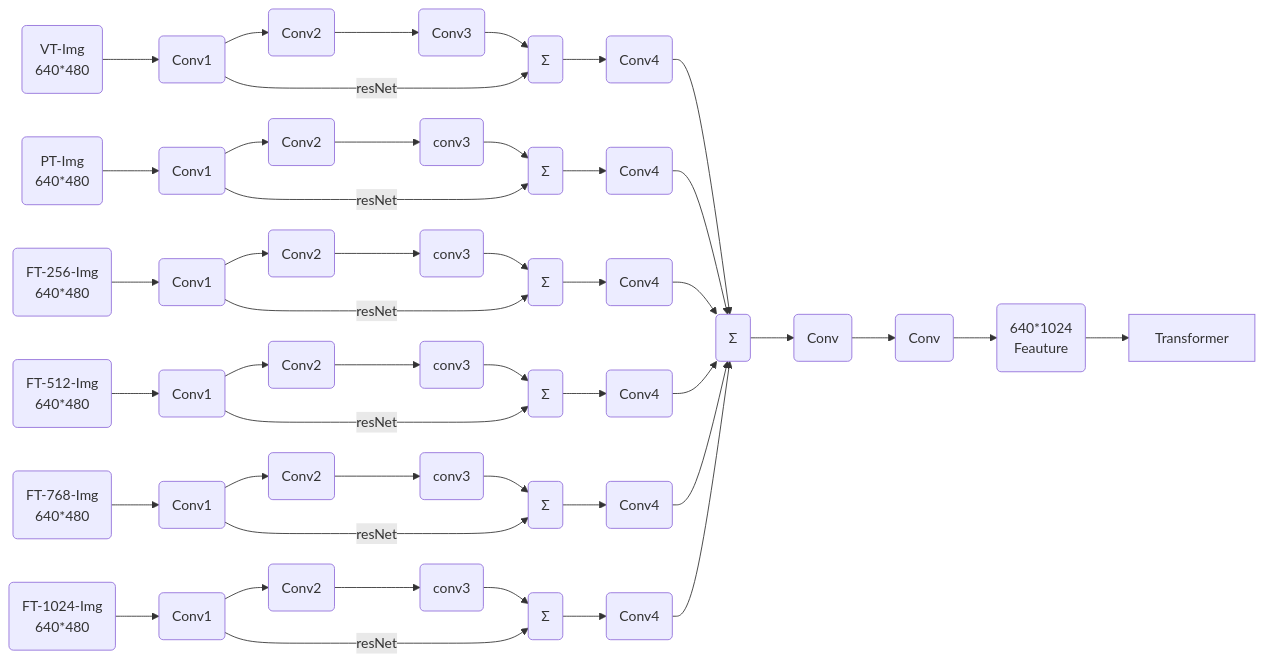
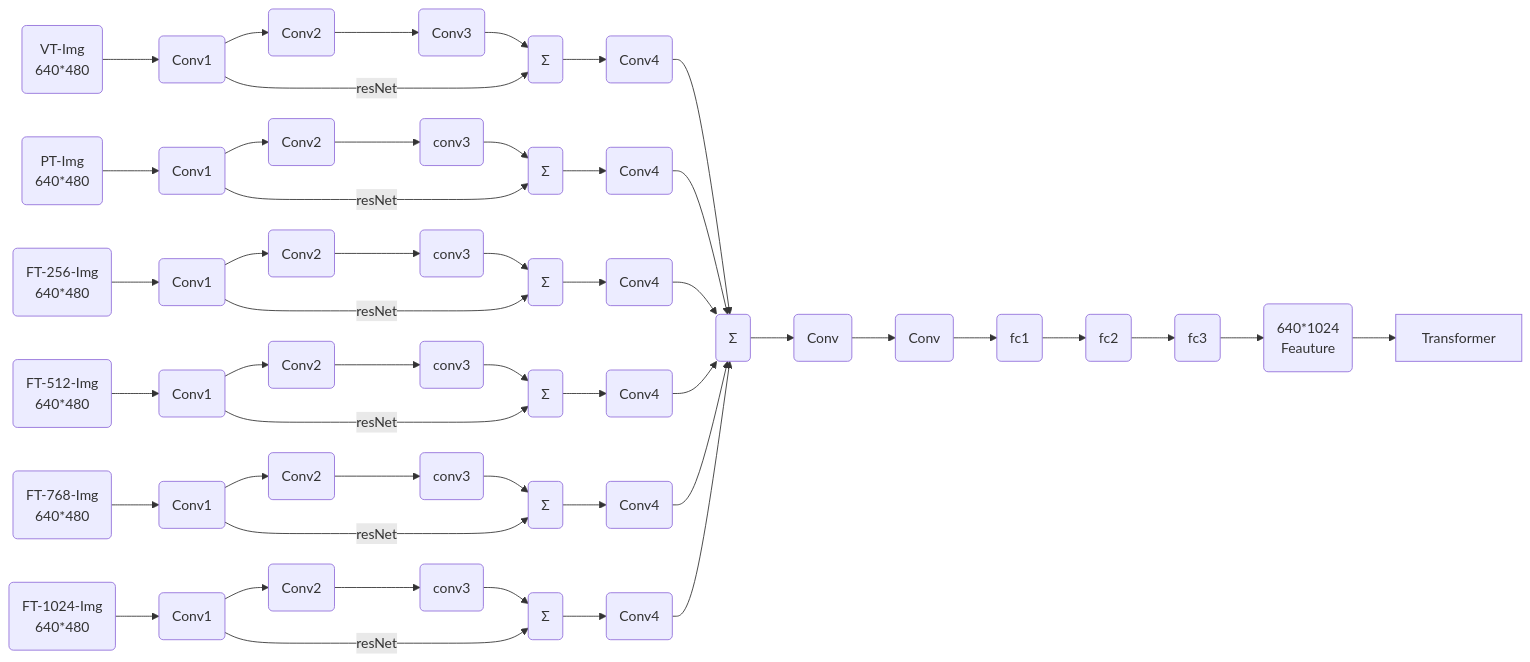
Before and after one commit to xinyi-cherry/radar: the diagram in readme.md, drawn with Mermaid. The commit also changed 7 other files, not shown here.

````diff
--- a/readme.md
+++ b/readme.md
@@ -1,53 +1,53 @@
 ```mermaid
 flowchart LR
     i1(VT-Img\n640*480)
     conv1(Conv1)
     conv2(Conv2)
     conv3(Conv3)
     sum1(Σ)
     conv4(Conv4)
     i1-->conv1-->conv2-->conv3-->sum1-->conv4
     conv1--resNet-->sum1
     i2(PT-Img\n640*480)
     conv2_1(Conv1)
     conv2_2(Conv2)
     conv2_3(conv3)
     sum2_1(Σ)
     conv2_4(Conv4)
     i2-->conv2_1-->conv2_2-->conv2_3-->sum2_1-->conv2_4
     conv2_1--resNet-->sum2_1
     i3(FT-256-Img\n640*480)
     conv3_1(Conv1)
     conv3_2(Conv2)
     conv3_3(conv3)
     conv3_4(Conv4)
     sum3_1(Σ)
     i3-->conv3_1-->conv3_2-->conv3_3-->sum3_1-->conv3_4
     conv3_1--resNet-->sum3_1
     i4(FT-512-Img\n640*480)
     conv4_1(Conv1)
     conv4_2(Conv2)
     conv4_3(conv3)
     conv4_4(Conv4)
     sum4_1(Σ)
     i4-->conv4_1-->conv4_2-->conv4_3-->sum4_1-->conv4_4
     conv4_1--resNet-->sum4_1
     i5(FT-768-Img\n640*480)
     conv5_1(Conv1)
     conv5_2(Conv2)
     conv5_3(conv3)
     conv5_4(Conv4)
     sum5_1(Σ)
     i5-->conv5_1-->conv5_2-->conv5_3-->sum5_1-->conv5_4
     conv5_1--resNet-->sum5_1
     i6(FT-1024-Img\n640*480)
     conv6_1(Conv1)
     conv6_2(Conv2)
     conv6_3(conv3)
     conv6_4(Conv4)
     sum6_1(Σ)
     i6-->conv6_1-->conv6_2-->conv6_3-->sum6_1-->conv6_4
     conv6_1--resNet-->sum6_1
     sum(Σ)
-    conv4 & conv2_4 & conv3_4 & conv4_4 & conv5_4 & conv6_4 --> sum --> C(Conv) --> C2(Conv) --> Res(640*1024\nFeauture) --> T[Transformer]
+    conv4 & conv2_4 & conv3_4 & conv4_4 & conv5_4 & conv6_4 --> sum --> C(Conv) --> C2(Conv) --> fc1(fc1) --> fc2(fc2) --> fc3(fc3) --> Res(640*1024\nFeauture) --> T[Transformer]
 ```
````
